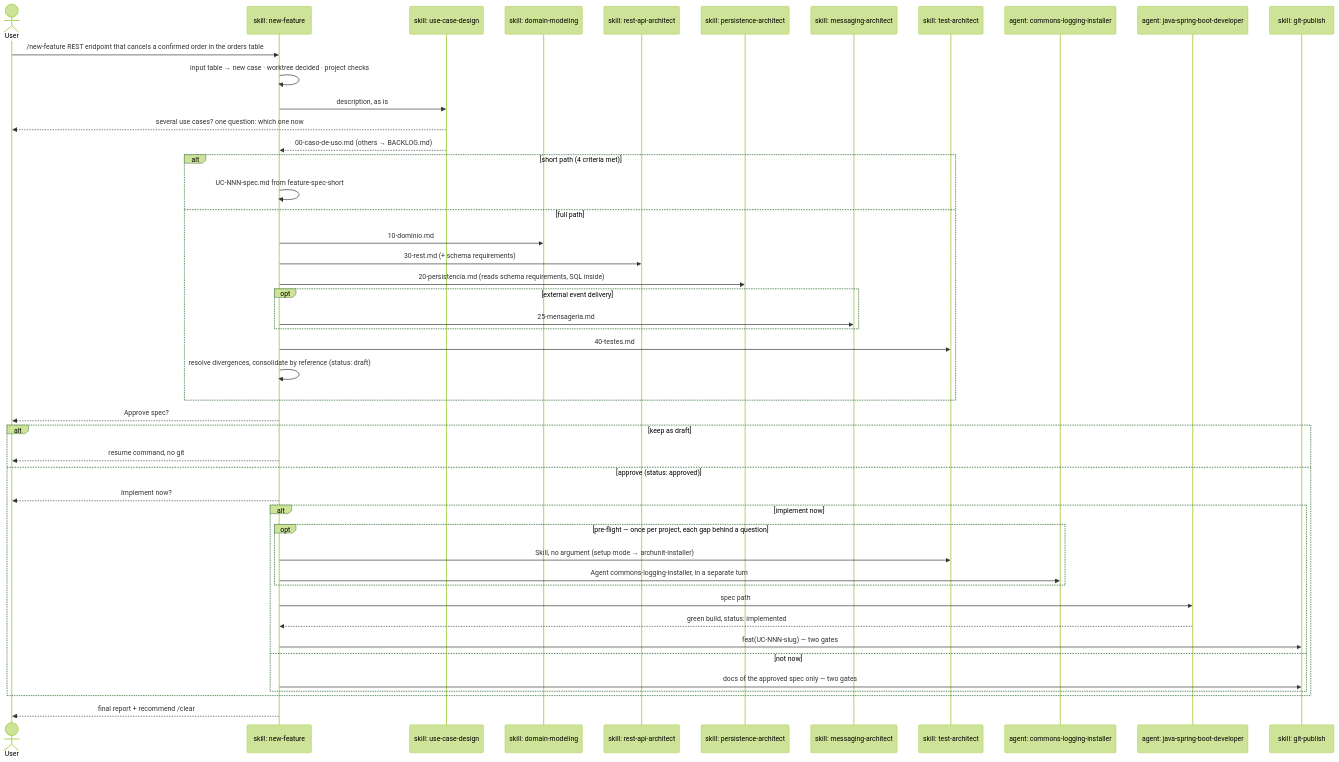
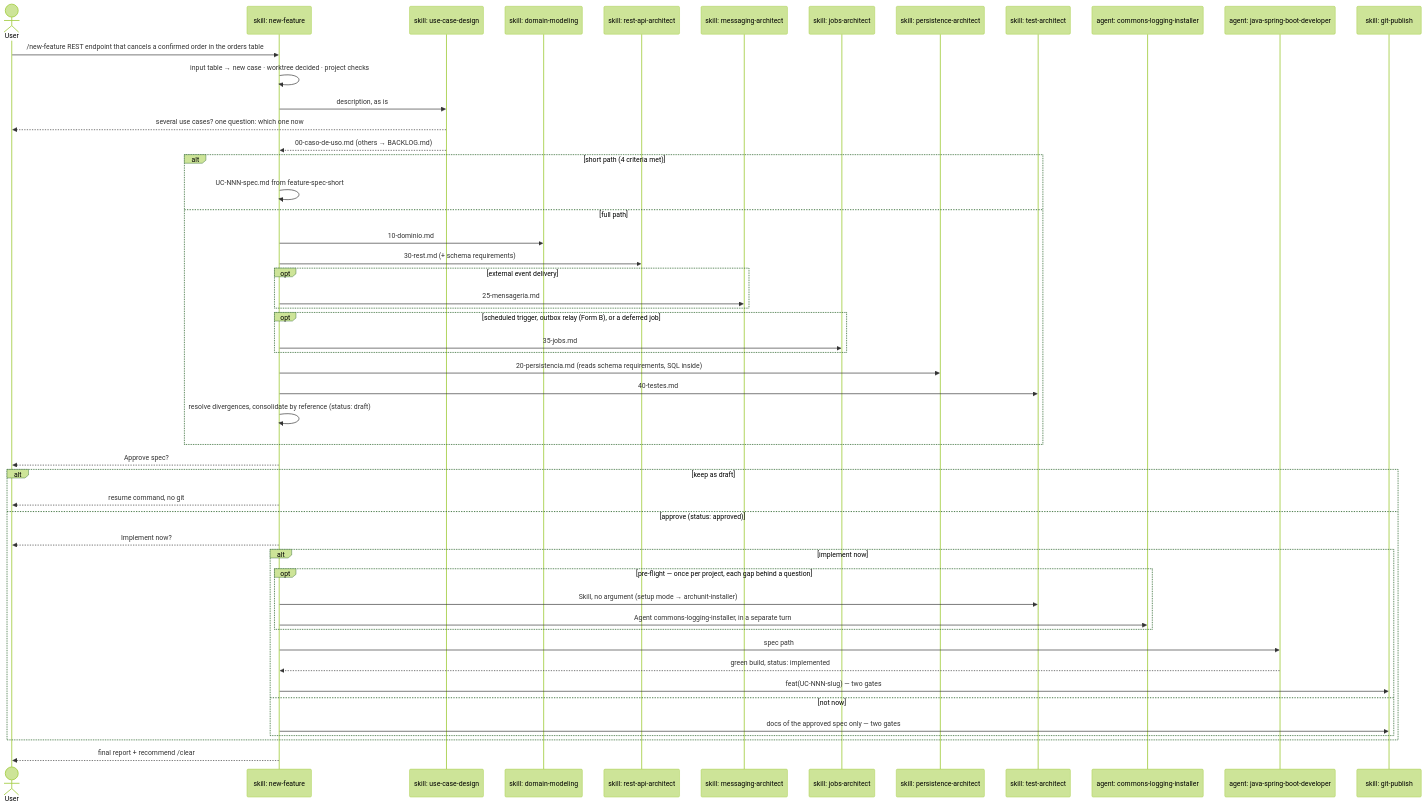
The diagram in docs/en/03-new-feature.md (ice-lfernandes/claude-spring-architect), drawn with Mermaid (forest theme) before and after one commit. The commit also changed other lines of this file and 53 other files, not shown here.

````diff
--- a/docs/en/03-new-feature.md
+++ b/docs/en/03-new-feature.md
@@ -72,50 +73,54 @@
 ```mermaid
 sequenceDiagram
     actor U as User
     participant NF as skill: new-feature
     participant UC as skill: use-case-design
     participant DOM as skill: domain-modeling
     participant REST as skill: rest-api-architect
+    participant MSG as skill: messaging-architect
+    participant JOBS as skill: jobs-architect
     participant PER as skill: persistence-architect
-    participant MSG as skill: messaging-architect
     participant TST as skill: test-architect
     participant LOG as agent: commons-logging-installer
     participant DEV as agent: java-spring-boot-developer
     participant GIT as skill: git-publish
 
     U->>NF: /new-feature REST endpoint that cancels a confirmed order in the orders table
     NF->>NF: input table → new case · worktree decided · project checks
     NF->>UC: description, as is
     UC-->>U: several use cases? one question: which one now
     UC-->>NF: 00-caso-de-uso.md (others → BACKLOG.md)
     alt short path (4 criteria met)
         NF->>NF: UC-NNN-spec.md from feature-spec-short
     else full path
         NF->>DOM: 10-dominio.md
         NF->>REST: 30-rest.md (+ schema requirements)
-        NF->>PER: 20-persistencia.md (reads schema requirements, SQL inside)
         opt external event delivery
             NF->>MSG: 25-mensageria.md
         end
+        opt scheduled trigger, outbox relay (Form B), or a deferred job
+            NF->>JOBS: 35-jobs.md
+        end
+        NF->>PER: 20-persistencia.md (reads schema requirements, SQL inside)
         NF->>TST: 40-testes.md
         NF->>NF: resolve divergences, consolidate by reference (status: draft)
     end
     NF-->>U: Approve spec?
     alt keep as draft
         NF-->>U: resume command, no git
     else approve (status: approved)
         NF-->>U: Implement now?
         alt implement now
             opt pre-flight — once per project, each gap behind a question
                 NF->>TST: Skill, no argument (setup mode → archunit-installer)
                 NF->>LOG: Agent commons-logging-installer, in a separate turn
             end
             NF->>DEV: spec path
             DEV-->>NF: green build, status: implemented
             NF->>GIT: feat(UC-NNN-slug) — two gates
         else not now
             NF->>GIT: docs of the approved spec only — two gates
         end
     end
     NF-->>U: final report + recommend /clear
 ```
````
